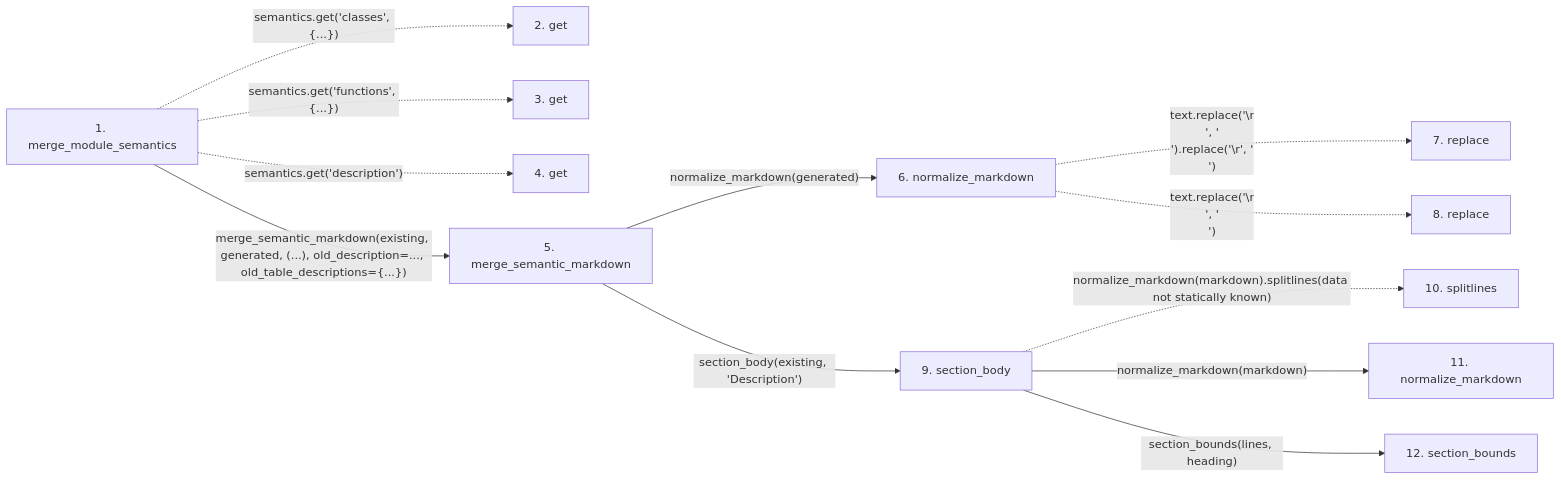
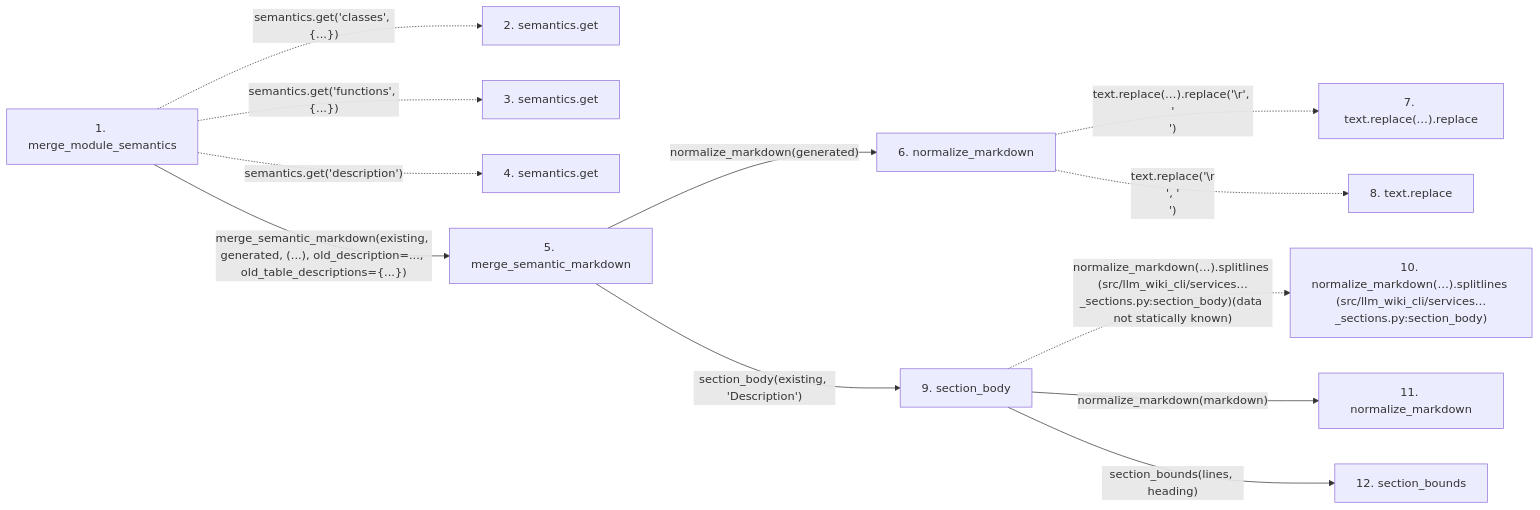
The second of 2 diagrams in docs/llm_wiki/flows/api-merge_module_semantics.md (Denissvgn/python-wiki-llm), drawn with Mermaid before and after one commit. The commit also changed other lines of this file and 719 other files, not shown here.

````diff
--- a/docs/llm_wiki/flows/api-merge_module_semantics.md
+++ b/docs/llm_wiki/flows/api-merge_module_semantics.md
@@ -66,32 +72,32 @@
 ```mermaid
 flowchart LR
     s1["1. merge_module_semantics"]
-    s2["2. get"]
-    s3["3. get"]
-    s4["4. get"]
+    s2["2. semantics.get"]
+    s3["3. semantics.get"]
+    s4["4. semantics.get"]
     s5["5. merge_semantic_markdown"]
     s6["6. normalize_markdown"]
-    s7["7. replace"]
-    s8["8. replace"]
+    s7["7. text.replace(…).replace"]
+    s8["8. text.replace"]
     s9["9. section_body"]
-    s10["10. splitlines"]
+    s10["10. normalize_markdown(…).splitlines (src/llm_wiki_cli/services…_sections.py:section_body)"]
     s11["11. normalize_markdown"]
     s12["12. section_bounds"]
     s1 -. "semantics.get('classes', {...})" .-> s2
     s1 -. "semantics.get('functions', {...})" .-> s3
     s1 -. "semantics.get('description')" .-> s4
     s1 -->|"merge_semantic_markdown(existing, generated, (...), old_description=..., old_table_descriptions={...})"| s5
     s5 -->|"normalize_markdown(generated)"| s6
-    s6 -. "text.replace('\r\n', '\n').replace('\r', '\n')" .-> s7
+    s6 -. "text.replace(…).replace('\r', '\n')" .-> s7
     s6 -. "text.replace('\r\n', '\n')" .-> s8
     s5 -->|"section_body(existing, 'Description')"| s9
-    s9 -. "normalize_markdown(markdown).splitlines(data not statically known)" .-> s10
+    s9 -. "normalize_markdown(…).splitlines (src/llm_wiki_cli/services…_sections.py:section_body)(data not statically known)" .-> s10
     s9 -->|"normalize_markdown(markdown)"| s11
     s9 -->|"section_bounds(lines, heading)"| s12
     click s1 "../modules/section_ownership.md"
     click s5 "../modules/section_ownership.md"
     click s6 "../modules/markdown_sections.md"
     click s9 "../modules/markdown_sections.md"
     click s11 "../modules/markdown_sections.md"
     click s12 "../modules/markdown_sections.md"
 ```
````
